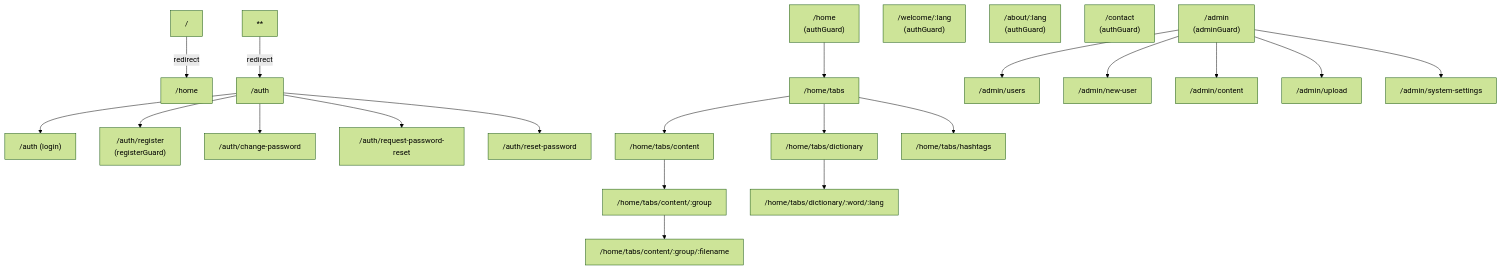
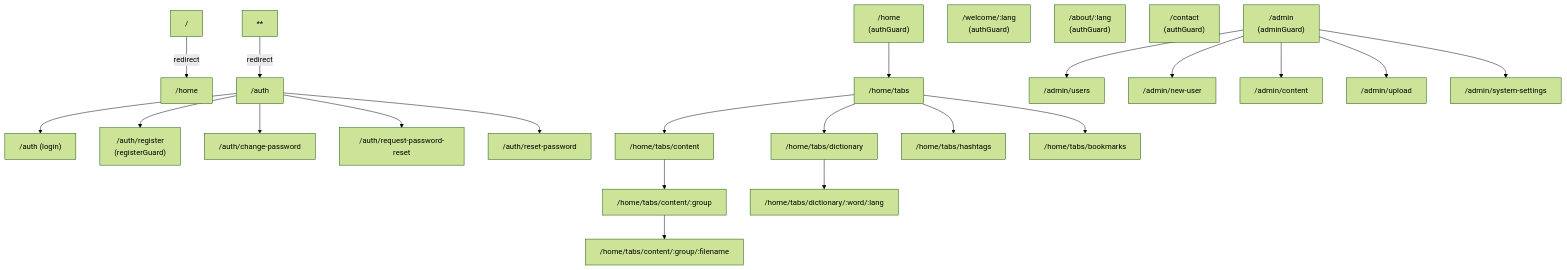
One commit to remarcmij/taalwiz-mono changed the second of 8 diagrams in apps/taalwiz-web/ARCHITECTURE.md. Above: the diagram before and after it, drawn with Mermaid (forest theme). The commit also changed other lines of this file and 3 other files, not shown here.

````diff
--- a/apps/taalwiz-web/ARCHITECTURE.md
+++ b/apps/taalwiz-web/ARCHITECTURE.md
@@ -129,34 +136,35 @@
 ```mermaid
 flowchart TD
     root["/"]
     root -->|redirect| home_root["/home"]
 
     auth_r["/auth"]
     auth_r --> login["/auth (login)"]
     auth_r --> register["/auth/register\n(registerGuard)"]
     auth_r --> change_pw["/auth/change-password"]
     auth_r --> req_reset["/auth/request-password-reset"]
     auth_r --> reset["/auth/reset-password"]
 
     home_r["/home\n(authGuard)"]
     home_r --> tabs["/home/tabs"]
     tabs --> content_tab["/home/tabs/content"]
     content_tab --> publication["/home/tabs/content/:group"]
     publication --> article["/home/tabs/content/:group/:filename"]
     tabs --> dict_tab["/home/tabs/dictionary"]
     dict_tab --> lemma["/home/tabs/dictionary/:word/:lang"]
     tabs --> hashtags_tab["/home/tabs/hashtags"]
+    tabs --> bookmarks_tab["/home/tabs/bookmarks"]
 
     admin_r["/admin\n(adminGuard)"]
     admin_r --> users["/admin/users"]
     admin_r --> new_user["/admin/new-user"]
     admin_r --> admin_content["/admin/content"]
     admin_r --> upload["/admin/upload"]
     admin_r --> settings["/admin/system-settings"]
 
     welcome["/welcome/:lang\n(authGuard)"]
     about["/about/:lang\n(authGuard)"]
     contact["/contact\n(authGuard)"]
 
     wildcard["**"] -->|redirect| auth_r
 ```
````
